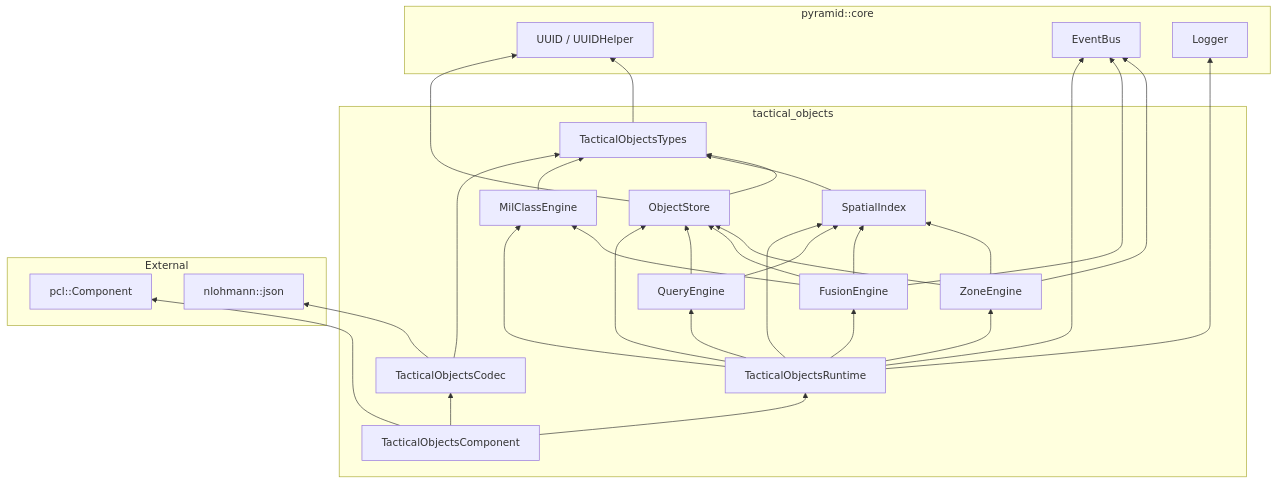
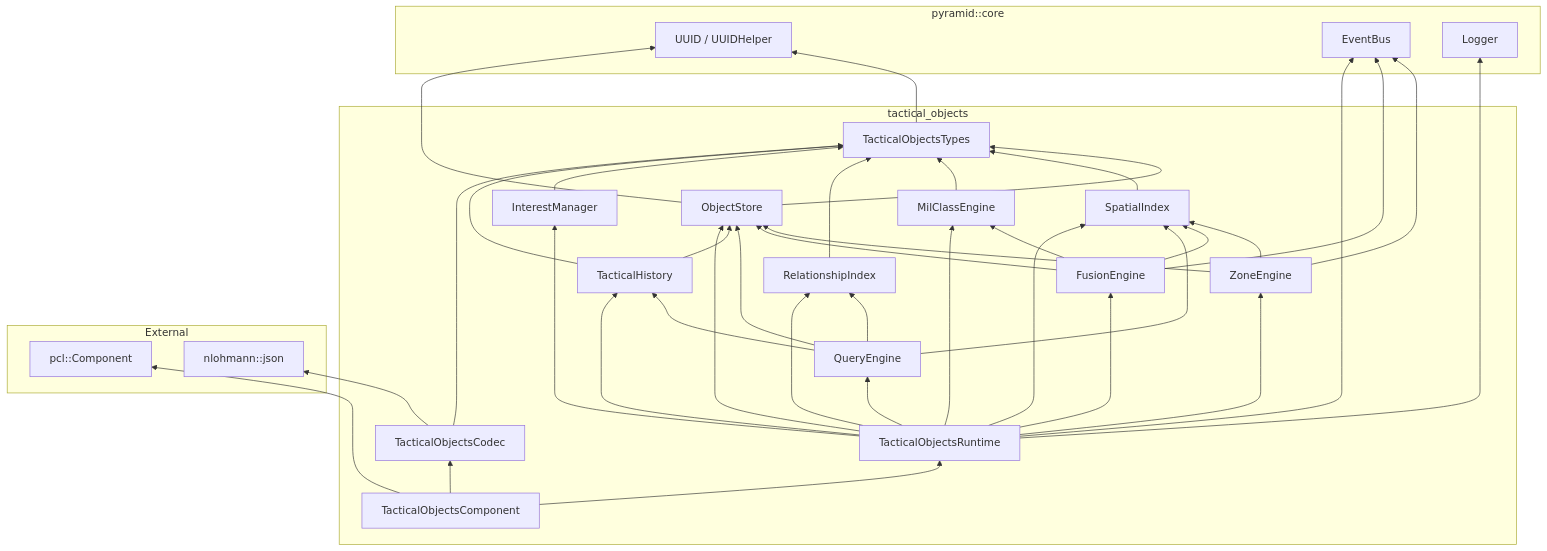
Diagram 16 of 16 in pyramid/tactical_objects/ARCHITECTURE.md (Ackoogin/mujin), drawn with Mermaid before and after one commit. The commit also changed other lines of this file and 4 other files, not shown here.

````diff
--- a/pyramid/tactical_objects/ARCHITECTURE.md
+++ b/pyramid/tactical_objects/ARCHITECTURE.md
@@ -568,54 +576,66 @@
 ```mermaid
 graph BT
     subgraph pyramid::core
         UUID[UUID / UUIDHelper]
         EB2[EventBus]
         LOG[Logger]
     end
 
     subgraph tactical_objects
         TYPES[TacticalObjectsTypes]
         OS2[ObjectStore]
         SI2[SpatialIndex]
         MC3[MilClassEngine]
         ZE2[ZoneEngine]
+        RI2[RelationshipIndex]
         FE3[FusionEngine]
         QE2[QueryEngine]
+        IM2[InterestManager]
+        TH2[TacticalHistory]
         RT2[TacticalObjectsRuntime]
         CODEC2[TacticalObjectsCodec]
         COMP[TacticalObjectsComponent]
     end
 
     subgraph External
         PCL[pcl::Component]
         JSON[nlohmann::json]
     end
 
     TYPES --> UUID
     OS2 --> TYPES
     OS2 --> UUID
     SI2 --> TYPES
     MC3 --> TYPES
+    RI2 --> TYPES
     ZE2 --> SI2
     ZE2 --> OS2
     ZE2 --> EB2
     FE3 --> SI2
     FE3 --> OS2
     FE3 --> MC3
     FE3 --> EB2
+    QE2 --> RI2
     QE2 --> OS2
     QE2 --> SI2
+    QE2 --> TH2
+    IM2 --> TYPES
+    TH2 --> TYPES
+    TH2 --> OS2
     RT2 --> OS2
     RT2 --> SI2
+    RT2 --> RI2
     RT2 --> FE3
     RT2 --> ZE2
     RT2 --> MC3
     RT2 --> QE2
+    RT2 --> IM2
+    RT2 --> TH2
     RT2 --> EB2
     RT2 --> LOG
     CODEC2 --> TYPES
     CODEC2 --> JSON
     COMP --> RT2
     COMP --> CODEC2
     COMP --> PCL
 ```
````
